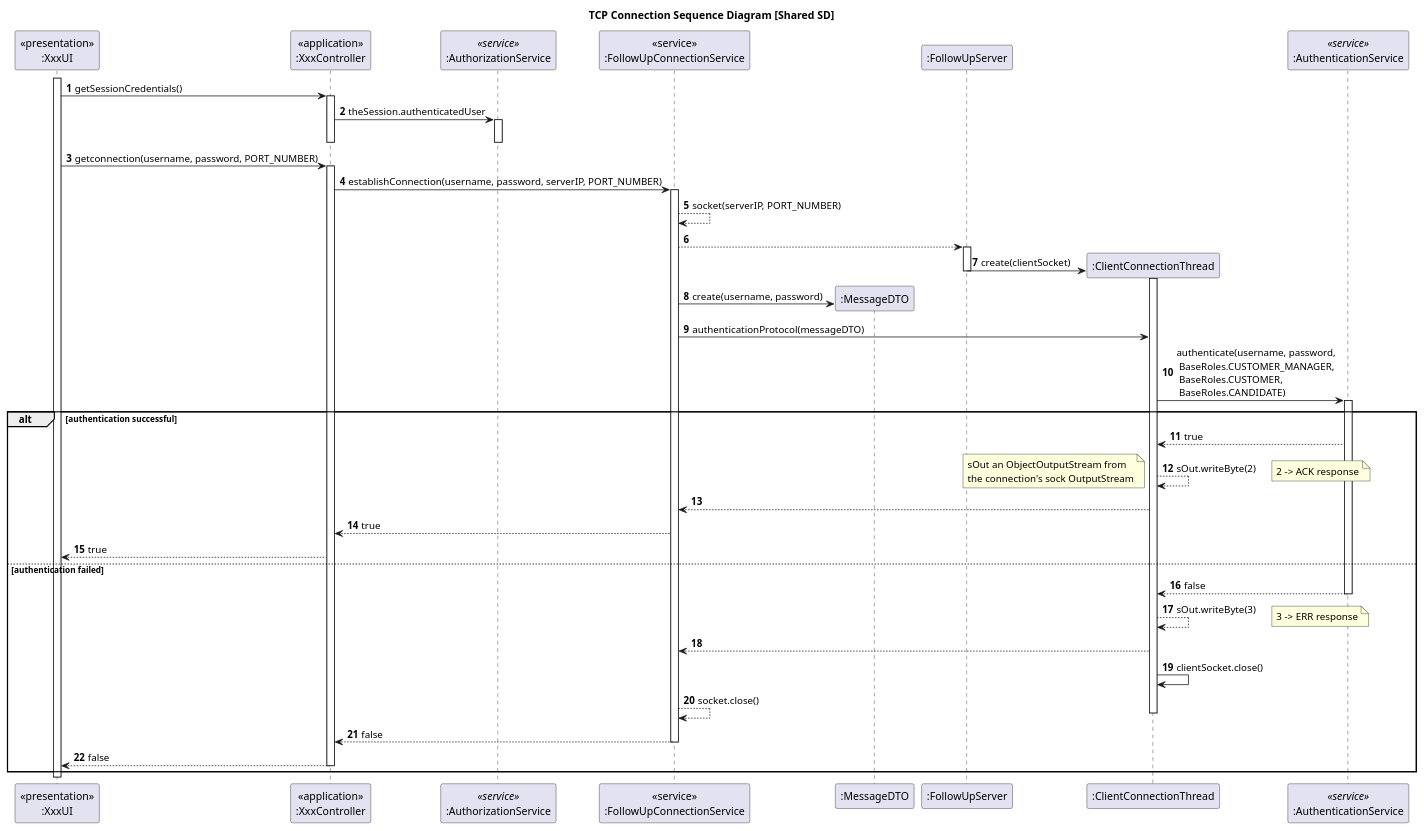
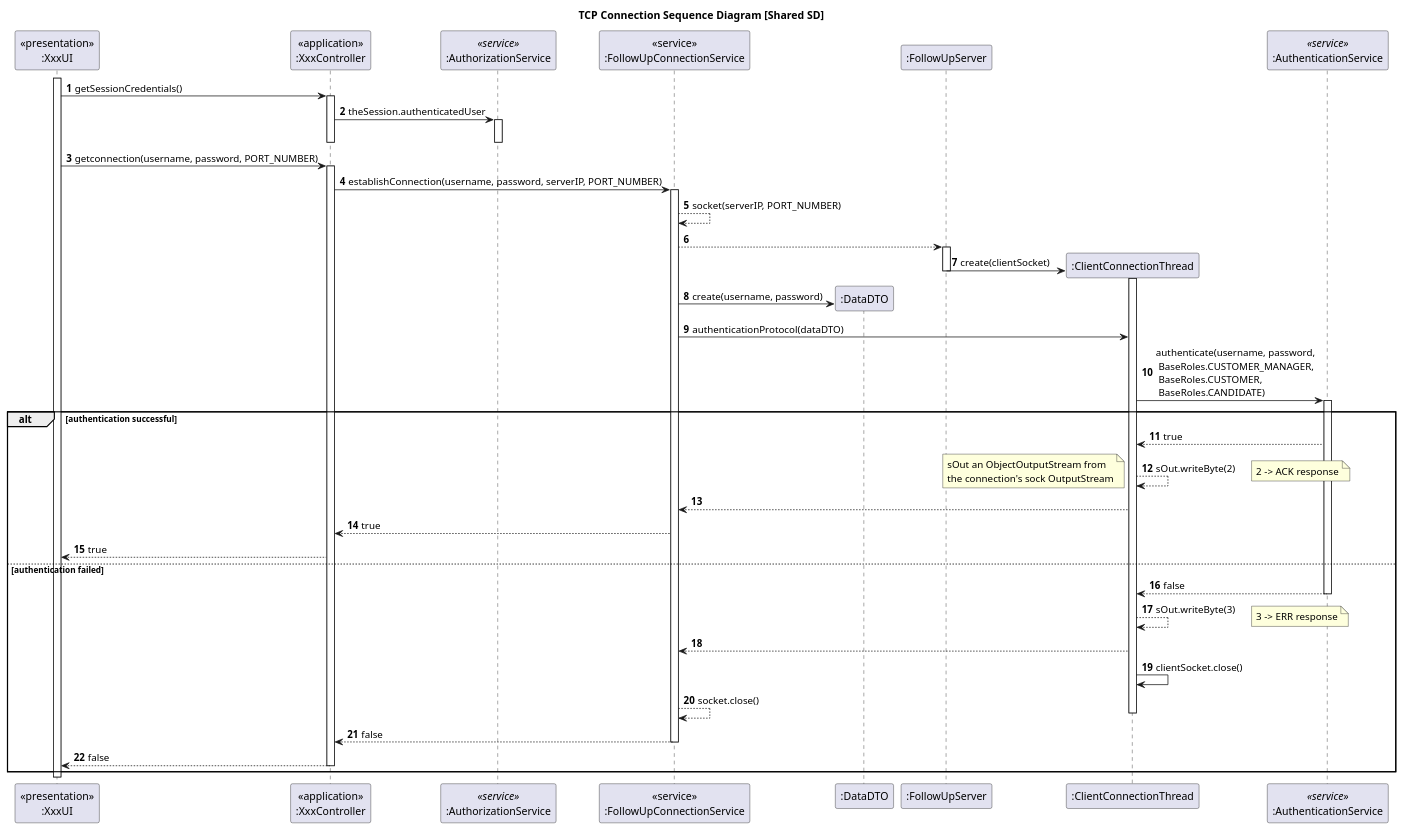
One commit to rita-barbosa/LAPR4-2324 changed the diagram in docs/team-decisions/shared-sequence-diagram/sequence-diagram-tcp-connection.puml. Above: the diagram before and after it, drawn with PlantUML. The commit also changed 9 other files, not shown here.

First line of the commit message:
docs: US3002 - design diagrams update

```diff
--- a/docs/team-decisions/shared-sequence-diagram/sequence-diagram-tcp-connection.puml
+++ b/docs/team-decisions/shared-sequence-diagram/sequence-diagram-tcp-connection.puml
@@ -1,94 +1,94 @@
 @startuml
 
 title TCP Connection Sequence Diagram [Shared SD]
 
 participant "<<presentation>>\n:XxxUI" as UI
 participant "<<application>>\n:XxxController" as CTRL
 participant ":AuthorizationService" as AUTHZ <<service>>
 
 participant "<<service>>\n:FollowUpConnectionService" as ConnSrv
-participant ":MessageDTO" as MessageDTO
+participant ":DataDTO" as DataDTO
 participant ":FollowUpServer" as SERVER
 participant ":ClientConnectionThread" as CLITHREAD
 
 participant ":AuthenticationService" as AUTH <<service>>
 
 autonumber
 
 activate UI
 
 UI -> CTRL : getSessionCredentials()
 activate CTRL
 
 CTRL -> AUTHZ : theSession.authenticatedUser
 activate AUTHZ
 deactivate AUTHZ
 
 deactivate CTRL
 
 
 UI -> CTRL : getconnection(username, password, PORT_NUMBER)
 activate CTRL
 
     CTRL -> ConnSrv : establishConnection(username, password, serverIP, PORT_NUMBER)
     activate ConnSrv
 
     ConnSrv --> ConnSrv : socket(serverIP, PORT_NUMBER)
     ConnSrv --> SERVER
     activate SERVER
 
         SERVER -> CLITHREAD** : create(clientSocket)
         activate CLITHREAD
         deactivate SERVER
 
-    ConnSrv -> MessageDTO** : create(username, password)
+    ConnSrv -> DataDTO** : create(username, password)
 
-    ConnSrv -> CLITHREAD : authenticationProtocol(messageDTO)
+    ConnSrv -> CLITHREAD : authenticationProtocol(dataDTO)
     CLITHREAD -> AUTH : authenticate(username, password,\n BaseRoles.CUSTOMER_MANAGER,\n BaseRoles.CUSTOMER,\n BaseRoles.CANDIDATE)
     activate AUTH
 
     alt authentication successful
             AUTH --> CLITHREAD : true
 
         CLITHREAD --> CLITHREAD : sOut.writeByte(2)
         note left
         sOut an ObjectOutputStream from
         the connection's sock OutputStream
         end note
 
         note right
         2 -> ACK response
         end note
 
         CLITHREAD --> ConnSrv
 
         ConnSrv --> CTRL : true
 
         CTRL --> UI : true
 
     else authentication failed
 
         AUTH --> CLITHREAD : false
         deactivate AUTH
 
         CLITHREAD --> CLITHREAD : sOut.writeByte(3)
         note right
         3 -> ERR response
         end note
 
         CLITHREAD --> ConnSrv
 
         CLITHREAD -> CLITHREAD : clientSocket.close()
 
         ConnSrv --> ConnSrv : socket.close()
         deactivate CLITHREAD
         ConnSrv --> CTRL : false
         deactivate ConnSrv
 
         CTRL --> UI : false
         deactivate CTRL
     end alt
 
 deactivate UI
 
 @enduml
```
